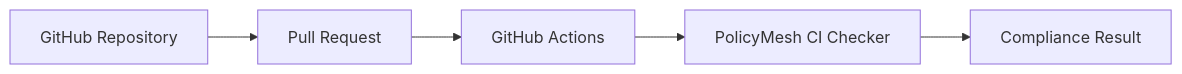
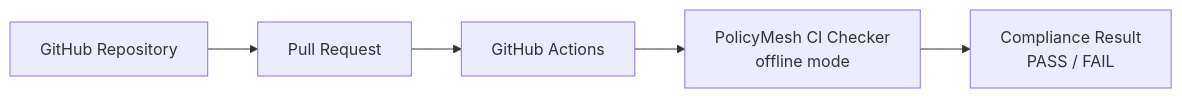
One commit to VishalRajExe/PolicyMesh changed the diagram in docs/GITHUB_INTEGRATION.md. Above: the diagram before and after it, drawn with Mermaid. The commit also changed other lines of this file and 164 other files, not shown here.

````diff
--- a/docs/GITHUB_INTEGRATION.md
+++ b/docs/GITHUB_INTEGRATION.md
@@ -7,7 +11,7 @@
 ```mermaid
 flowchart LR
     Repo[GitHub Repository] --> PR[Pull Request]
     PR --> GA[GitHub Actions]
-    GA --> PM[PolicyMesh CI Checker]
-    PM --> Result[Compliance Result]
+    GA --> CHK[PolicyMesh CI Checker<br/>offline mode]
+    CHK --> Result[Compliance Result<br/>PASS / FAIL]
 ```
````
